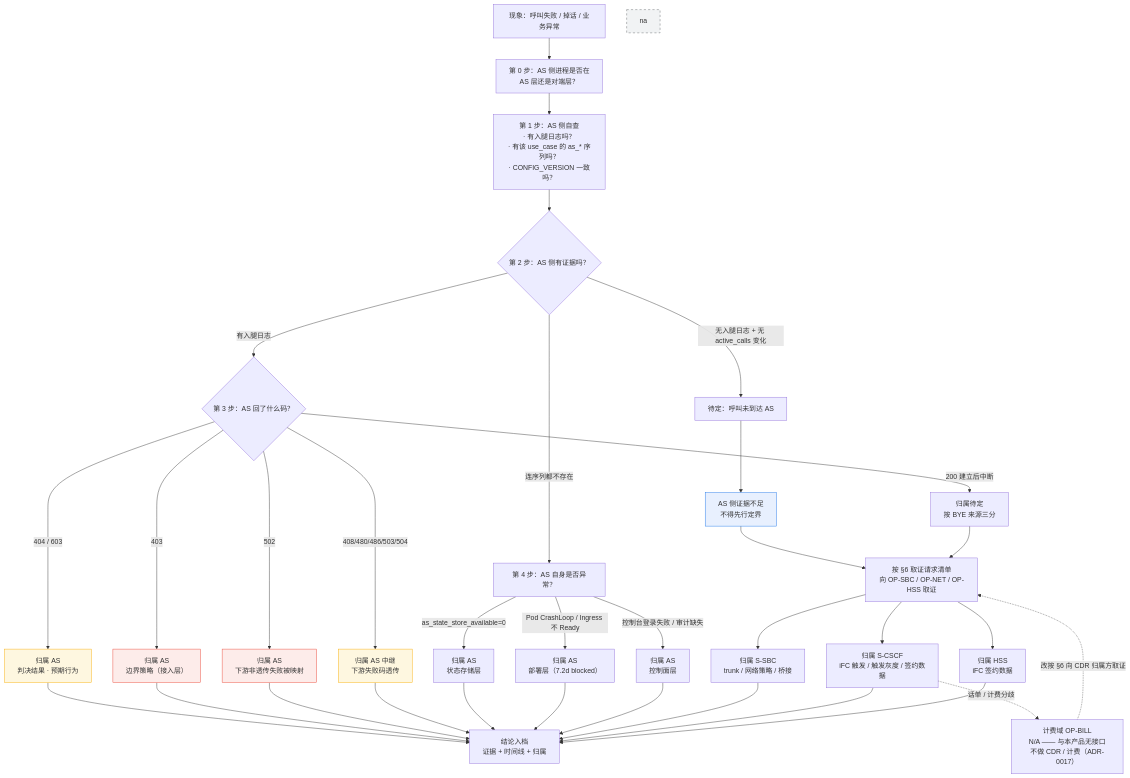
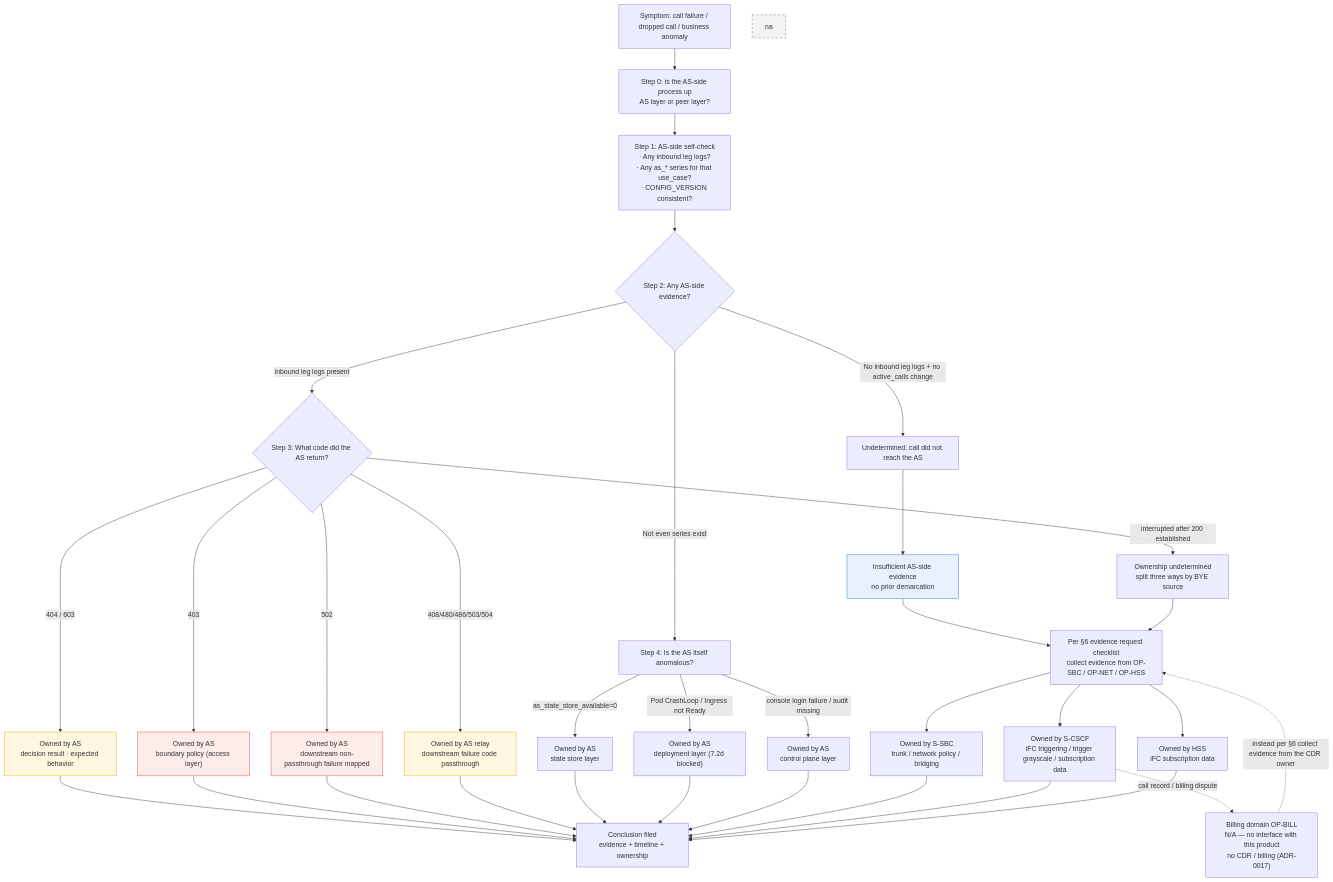
The diagram in docs/operations/fault-demarcation.md (dolanshu/inhouse-ims-as), drawn with Mermaid before and after one commit. The commit also changed other lines of this file and 186 other files, not shown here.

````diff
--- a/docs/operations/fault-demarcation.md
+++ b/docs/operations/fault-demarcation.md
@@ -62,49 +62,49 @@
 ```mermaid
 flowchart TD
-    P["现象：呼叫失败 / 掉话 / 业务异常"] --> L0["第 0 步：AS 侧进程是否在<br/>AS 层还是对端层？"]
-    L0 --> L1["第 1 步：AS 侧自查<br/>· 有入腿日志吗？<br/>· 有该 use_case 的 as_* 序列吗？<br/>· CONFIG_VERSION 一致吗？"]
-    L1 --> L2{"第 2 步：AS 侧有证据吗？"}
-    L2 -->|"无入腿日志 + 无 active_calls 变化"| ND["待定：呼叫未到达 AS"]
-    L2 -->|"有入腿日志"| L3{"第 3 步：AS 回了什么码？"}
-    L2 -->|"连序列都不存在"| L4["第 4 步：AS 自身是否异常？"]
+    P["Symptom: call failure / dropped call / business anomaly"] --> L0["Step 0: is the AS-side process up<br/>AS layer or peer layer?"]
+    L0 --> L1["Step 1: AS-side self-check<br/>· Any inbound leg logs?<br/>· Any as_* series for that use_case?<br/>· CONFIG_VERSION consistent?"]
+    L1 --> L2{"Step 2: Any AS-side evidence?"}
+    L2 -->|"No inbound leg logs + no active_calls change"| ND["Undetermined: call did not reach the AS"]
+    L2 -->|"Inbound leg logs present"| L3{"Step 3: What code did the AS return?"}
+    L2 -->|"Not even series exist"| L4["Step 4: Is the AS itself anomalous?"]
 
-    L3 -->|"403"| AS1["归属 AS<br/>边界策略（接入层）"]
-    L3 -->|"404 / 603"| AS2["归属 AS<br/>判决结果 · 预期行为"]
-    L3 -->|"502"| AS3["归属 AS<br/>下游非透传失败被映射"]
-    L3 -->|"408/480/486/503/504"| AS4["归属 AS 中继<br/>下游失败码透传"]
-    L3 -->|"200 建立后中断"| AS5["归属待定<br/>按 BYE 来源三分"]
+    L3 -->|"403"| AS1["Owned by AS<br/>boundary policy (access layer)"]
+    L3 -->|"404 / 603"| AS2["Owned by AS<br/>decision result · expected behavior"]
+    L3 -->|"502"| AS3["Owned by AS<br/>downstream non-passthrough failure mapped"]
+    L3 -->|"408/480/486/503/504"| AS4["Owned by AS relay<br/>downstream failure code passthrough"]
+    L3 -->|"interrupted after 200 established"| AS5["Ownership undetermined<br/>split three ways by BYE source"]
 
-    L4 -->|"as_state_store_available=0"| AS6["归属 AS<br/>状态存储层"]
-    L4 -->|"Pod CrashLoop / Ingress 不 Ready"| AS7["归属 AS<br/>部署层（7.2d blocked）"]
-    L4 -->|"控制台登录失败 / 审计缺失"| AS8["归属 AS<br/>控制面层"]
+    L4 -->|"as_state_store_available=0"| AS6["Owned by AS<br/>state store layer"]
+    L4 -->|"Pod CrashLoop / Ingress not Ready"| AS7["Owned by AS<br/>deployment layer (7.2d blocked)"]
+    L4 -->|"console login failure / audit missing"| AS8["Owned by AS<br/>control plane layer"]
 
-    ND --> E1["AS 侧证据不足<br/>不得先行定界"]
-    E1 --> REQ["按 §6 取证请求清单<br/>向 OP-SBC / OP-NET / OP-HSS 取证"]
+    ND --> E1["Insufficient AS-side evidence<br/>no prior demarcation"]
+    E1 --> REQ["Per §6 evidence request checklist<br/>collect evidence from OP-SBC / OP-NET / OP-HSS"]
 
-    REQ --> OPN["归属 S-SBC<br/>trunk / 网络策略 / 桥接"]
-    REQ --> OPNET["归属 S-CSCF<br/>iFC 触发 / 触发灰度 / 签约数据"]
-    REQ --> OPHSS["归属 HSS<br/>iFC 签约数据"]
+    REQ --> OPN["Owned by S-SBC<br/>trunk / network policy / bridging"]
+    REQ --> OPNET["Owned by S-CSCF<br/>iFC triggering / trigger grayscale / subscription data"]
+    REQ --> OPHSS["Owned by HSS<br/>iFC subscription data"]
 
-    AS2 --> DONE["结论入档<br/>证据 + 时间线 + 归属"]
+    AS2 --> DONE["Conclusion filed<br/>evidence + timeline + ownership"]
     AS1 --> DONE
     AS3 --> DONE
     AS4 --> DONE
     AS6 --> DONE
     AS7 --> DONE
     AS8 --> DONE
     OPN --> DONE
     OPNET --> DONE
     OPHSS --> DONE
     AS5 --> REQ
 
-    BILL["计费域 OP-BILL<br/>N/A —— 与本产品无接口<br/>不做 CDR / 计费（ADR-0017）"]:::na
-    OPNET -.->|"话单 / 计费分歧"| BILL
-    BILL -.->|"改按 §6 向 CDR 归属方取证"| REQ
+    BILL["Billing domain OP-BILL<br/>N/A — no interface with this product<br/>no CDR / billing (ADR-0017)"]:::na
+    OPNET -.->|"call record / billing dispute"| BILL
+    BILL -.->|"instead per §6 collect evidence from the CDR owner"| REQ
 
     style AS1 fill:#fdecea,stroke:#ea4335
     style AS2 fill:#fef7e0,stroke:#f9ab00
     style AS3 fill:#fdecea,stroke:#ea4335
     style AS4 fill:#fef7e0,stroke:#f9ab00
     style E1 fill:#e8f0fe,stroke:#1a73e8
     style na fill:#f1f3f4,stroke:#5f6365,stroke-dasharray: 5 5
 ```
````
